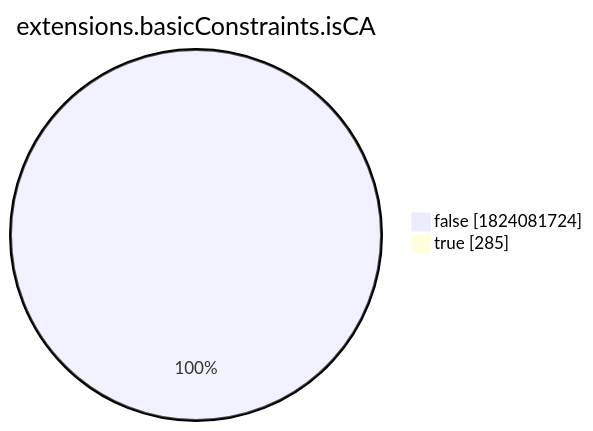
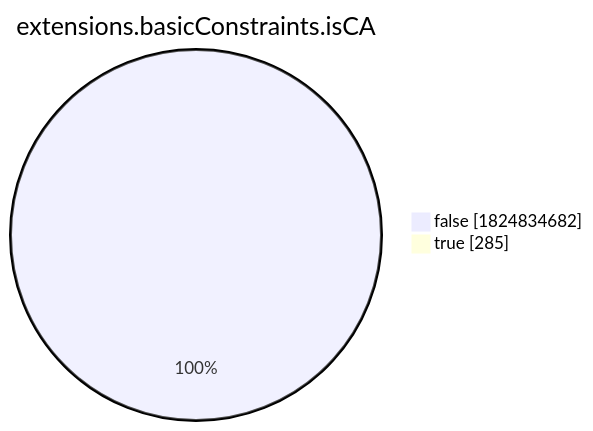
Before and after one commit to christiankrug/ctmonitor_visualization: the eighth of 15 diagrams in xenon2022/README.md, drawn with Mermaid. The commit also changed other lines of this file, not shown here.

````diff
--- a/xenon2022/README.md
+++ b/xenon2022/README.md
@@ -2868,6 +2868,6 @@
 ```mermaid
 pie showData
 title extensions.basicConstraints.isCA
-"false" :1824081724
+"false" :1824834682
 "true" :285
 ```
````
